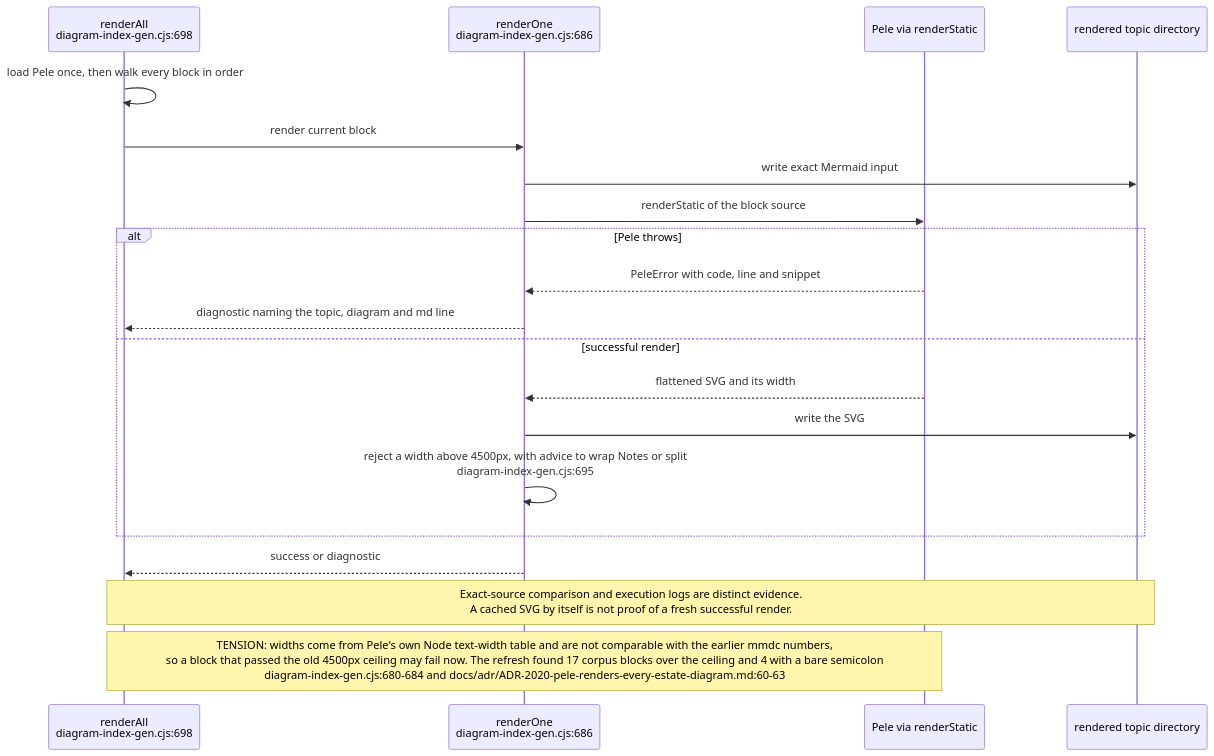
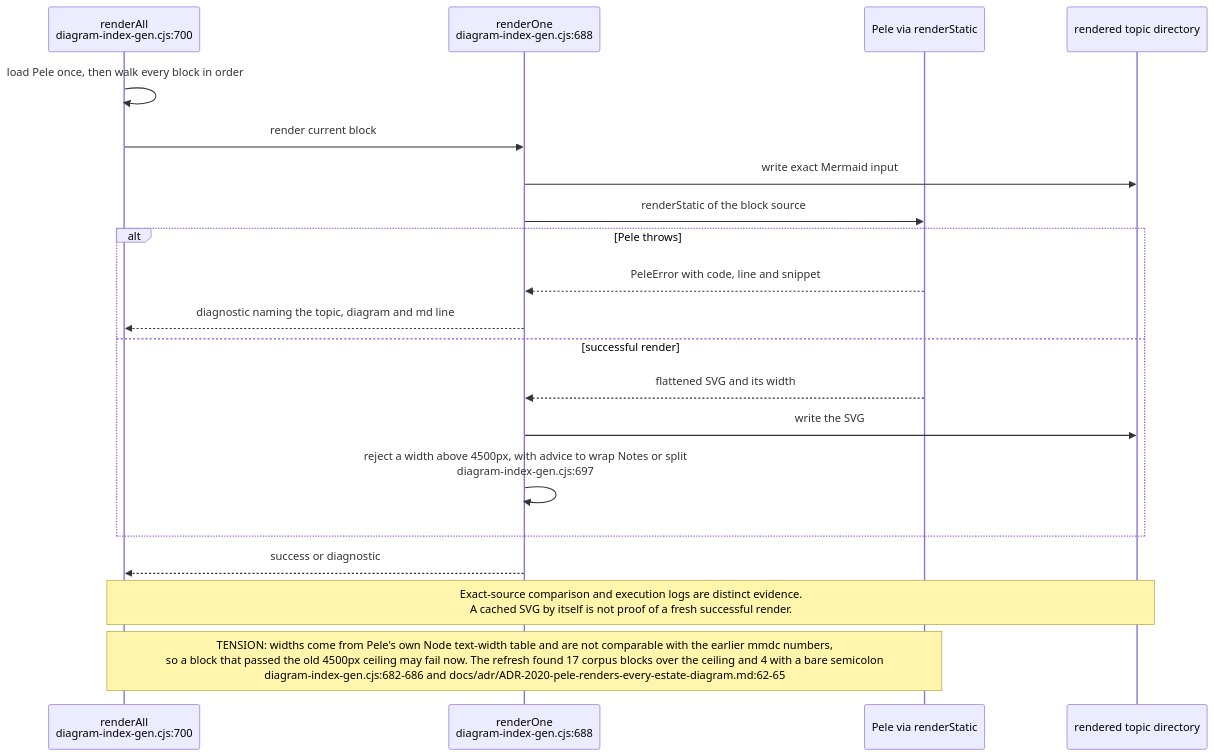
One commit to DreamLab-AI/VisionFlow changed diagram 11 of 15 in docs/diagrams/visionflow/06-diagram-tooling.md. Above: the diagram before and after it, drawn with Mermaid. The commit also changed other lines of this file and 91 other files, not shown here.

First line of the commit message:
docs(audit): estate audit wave 2, every repository except agentbox and VisionClaw

````diff
--- a/docs/diagrams/visionflow/06-diagram-tooling.md
+++ b/docs/diagrams/visionflow/06-diagram-tooling.md
@@ -339,22 +339,22 @@
 ```mermaid
 sequenceDiagram
-    participant G as renderAll<br/>diagram-index-gen.cjs:698
-    participant R as renderOne<br/>diagram-index-gen.cjs:686
+    participant G as renderAll<br/>diagram-index-gen.cjs:700
+    participant R as renderOne<br/>diagram-index-gen.cjs:688
     participant M as Pele via renderStatic
     participant O as rendered topic directory
     G->>G: load Pele once, then walk every block in order
     G->>R: render current block
     R->>O: write exact Mermaid input
     R->>M: renderStatic of the block source
     alt Pele throws
         M-->>R: PeleError with code, line and snippet
         R-->>G: diagnostic naming the topic, diagram and md line
     else successful render
         M-->>R: flattened SVG and its width
         R->>O: write the SVG
-        R->>R: reject a width above 4500px, with advice to wrap Notes or split<br/>diagram-index-gen.cjs:695
+        R->>R: reject a width above 4500px, with advice to wrap Notes or split<br/>diagram-index-gen.cjs:697
     end
     R-->>G: success or diagnostic
     Note over G,O: Exact-source comparison and execution logs are distinct evidence.<br/>A cached SVG by itself is not proof of a fresh successful render.
-    Note over G,M: TENSION: widths come from Pele's own Node text-width table and are not comparable with the earlier mmdc numbers,<br/>so a block that passed the old 4500px ceiling may fail now. The refresh found 17 corpus blocks over the ceiling and 4 with a bare semicolon<br/>diagram-index-gen.cjs:680-684 and docs/adr/ADR-2020-pele-renders-every-estate-diagram.md:60-63
+    Note over G,M: TENSION: widths come from Pele's own Node text-width table and are not comparable with the earlier mmdc numbers,<br/>so a block that passed the old 4500px ceiling may fail now. The refresh found 17 corpus blocks over the ceiling and 4 with a bare semicolon<br/>diagram-index-gen.cjs:682-686 and docs/adr/ADR-2020-pele-renders-every-estate-diagram.md:62-65
 ```
````
